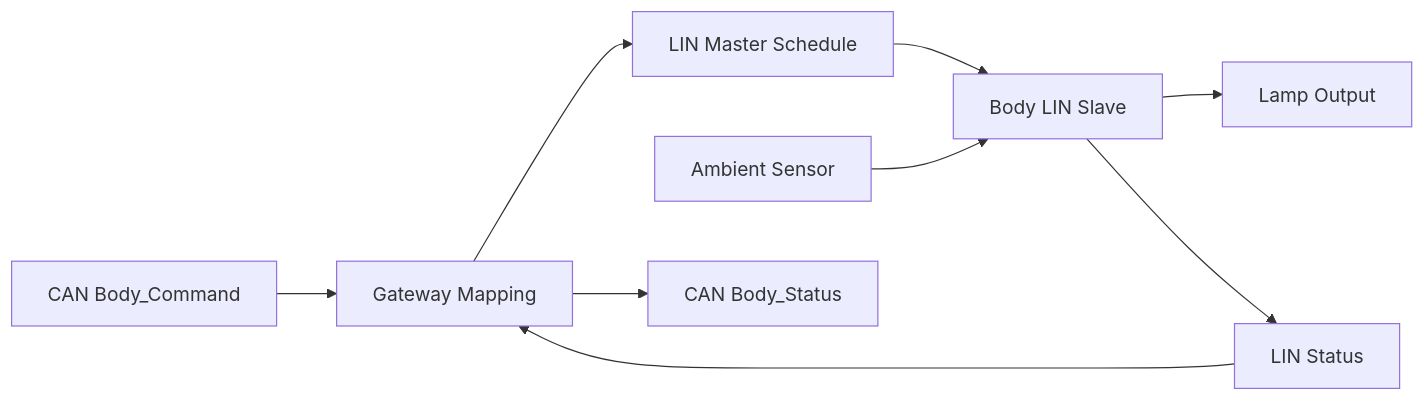
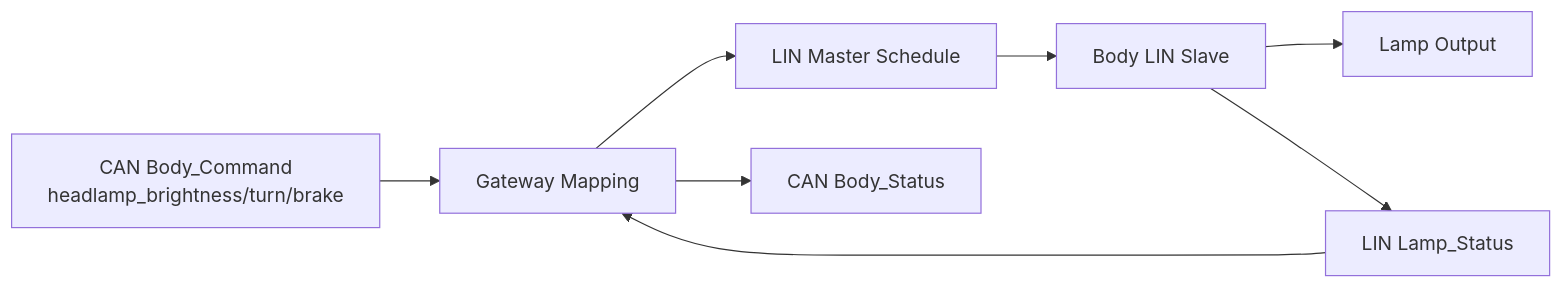
Before and after one commit to sunmaan22/SDV_MCU_Project: the diagram in docs/ecus/Lighting_LIN_CAN/SPECIFICATION.md, drawn with Mermaid. The commit also changed other lines of this file and 28 other files, not shown here.

````diff
--- a/docs/ecus/Lighting_LIN_CAN/SPECIFICATION.md
+++ b/docs/ecus/Lighting_LIN_CAN/SPECIFICATION.md
@@ -95,12 +99,11 @@
 ```mermaid
 flowchart LR
-    CANRX[CAN Body_Command] --> GW[Gateway Mapping]
+    CANRX[CAN Body_Command<br/>headlamp_brightness/turn/brake] --> GW[Gateway Mapping]
     GW --> LINM[LIN Master Schedule]
     LINM --> SLAVE[Body LIN Slave]
     SLAVE --> LAMP[Lamp Output]
 
-    AMB[Ambient Sensor] --> SLAVE
-    SLAVE --> LINS[LIN Status]
+    SLAVE --> LINS[LIN Lamp_Status]
     LINS --> GW
     GW --> CANTX[CAN Body_Status]
 ```
````
